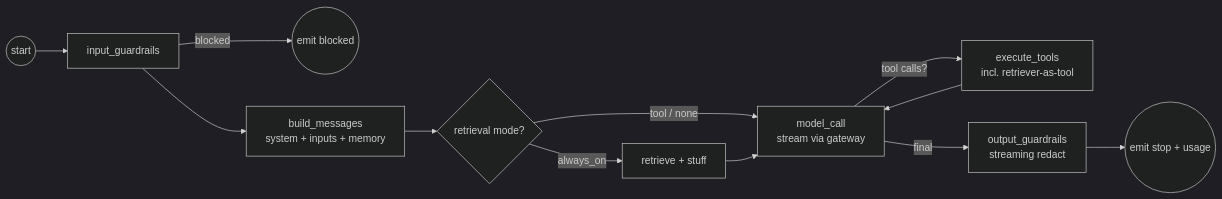
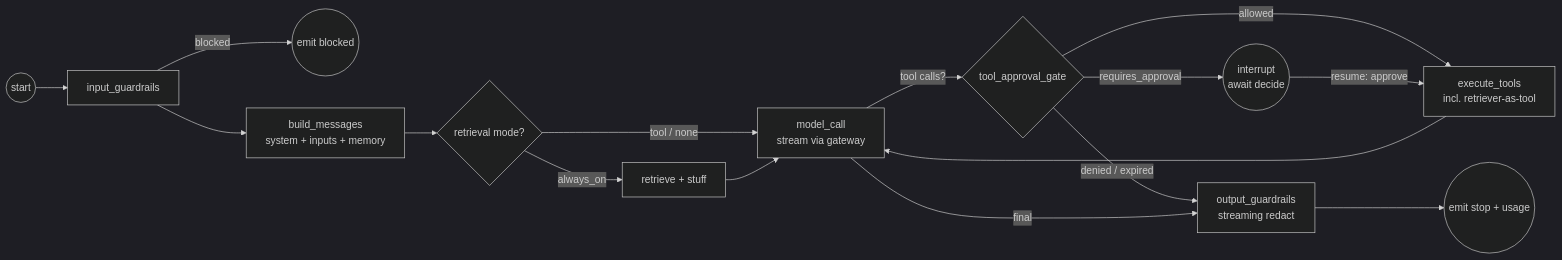
Before and after one commit to gargraman/agent-catalyst: the diagram in docs/backend/03-runtime.md, drawn with Mermaid (dark theme). The commit also changed other lines of this file and 43 other files, not shown here.

First line of the commit message:
feat(tools,evals): MCP/tools flows + eval-gate fixes; backend design closeout

````diff
--- a/docs/backend/03-runtime.md
+++ b/docs/backend/03-runtime.md
@@ -16,14 +16,18 @@
 ```mermaid
 flowchart LR
   START((start)) --> IG[input_guardrails]
   IG -->|blocked| BLOCKED((emit blocked))
   IG --> PREP[build_messages<br/>system + inputs + memory]
   PREP --> ROUTE{retrieval mode?}
   ROUTE -->|always_on| RET[retrieve + stuff]
   ROUTE -->|tool / none| MODEL
   RET --> MODEL[model_call<br/>stream via gateway]
-  MODEL -->|tool calls?| TOOLS[execute_tools<br/>incl. retriever-as-tool]
+  MODEL -->|tool calls?| GATE{tool_approval_gate}
+  GATE -->|allowed| TOOLS[execute_tools<br/>incl. retriever-as-tool]
+  GATE -->|requires_approval| PAUSE((interrupt<br/>await decide))
+  GATE -->|denied / expired| OG
+  PAUSE -->|resume: approve| TOOLS
   TOOLS --> MODEL
   MODEL -->|final| OG[output_guardrails<br/>streaming redact]
   OG --> DONE((emit stop + usage))
 ```
````
